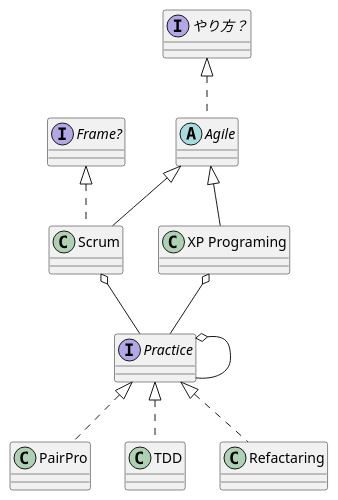
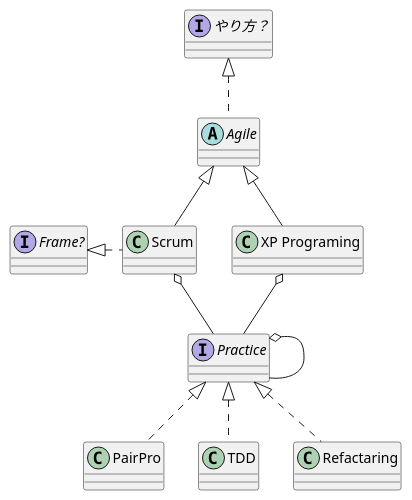
The diagram in _drafts/agile_image/image.pu (kazuhito-m/kazuhito-m.github.io), drawn with PlantUML before and after one commit. The commit also changed 1 other file, not shown here.

```diff
--- a/_drafts/agile_image/image.pu
+++ b/_drafts/agile_image/image.pu
@@ -1,28 +1,28 @@
 @startuml
 
 abstract Agile
 
 class Scrum
 class "XP Programing" as XP
 
 interface "Practice"
 
 interface "やり方？" as Move
 interface "Frame?" as Frame
 
 Agile <|-- Scrum
 Agile <|-- XP
 
 Scrum o-d- Practice
 XP o-d- Practice
 
 Move <|.. Agile
-Frame <|.. Scrum
+Frame <|.r. Scrum
 
 Practice <|.. PairPro
 Practice <|.. TDD
 Practice <|.. Refactaring
 
 Practice o-- Practice
 
 @enduml
```
